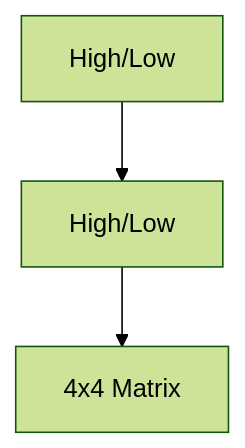
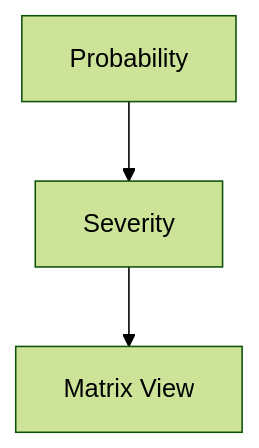
One commit to Devopstrio/identity-security-scorecard changed diagram 25 of 30 in README.md. Above: the diagram before and after it, drawn with Mermaid (forest theme). The commit also changed other lines of this file, not shown here.

Commit message:
docs: finalize premium institutional-grade README with 30+ diagrams and executive summary

````diff
--- a/README.md
+++ b/README.md
@@ -305,5 +302,5 @@
 ```mermaid
 graph TD
-    Likelihood[High/Low] --> Impact[High/Low]
-    Impact --> Matrix[4x4 Matrix]
+    Prob[Probability] --> Severity[Severity]
+    Severity --> Heatmap[Matrix View]
 ```
````
